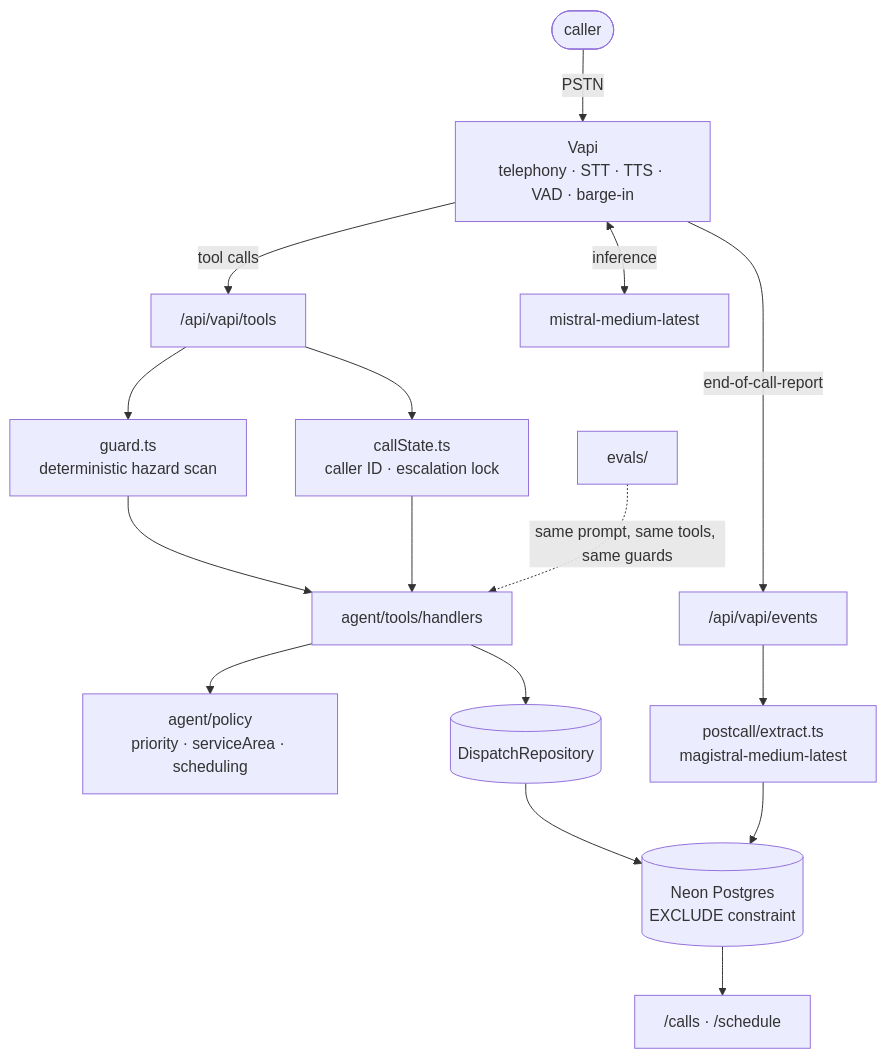
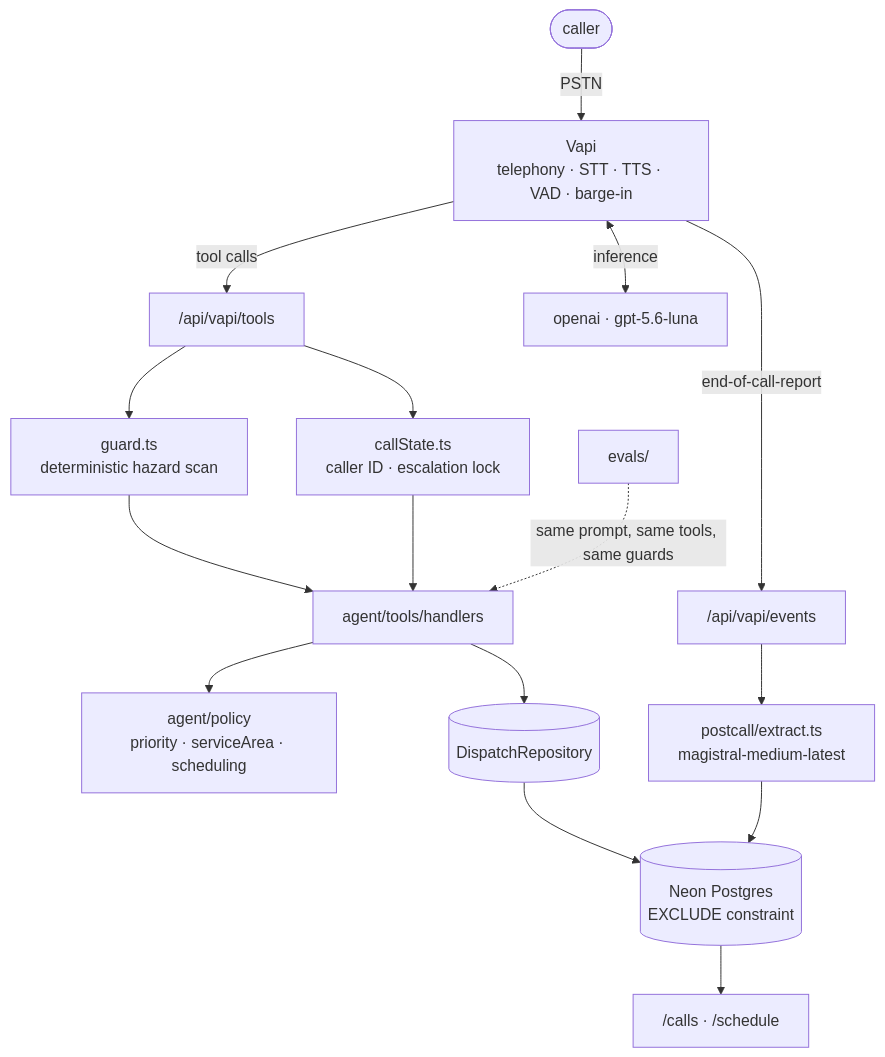
One commit to IbDaGib/summit-air-demo changed the diagram in README.md. Above: the diagram before and after it, drawn with Mermaid. The commit also changed other lines of this file and 2 other files, not shown here.

````diff
--- a/README.md
+++ b/README.md
@@ -24,21 +24,21 @@
 ```mermaid
 flowchart TB
     Caller([caller]) -->|PSTN| Vapi[Vapi<br/>telephony · STT · TTS · VAD · barge-in]
     Vapi -->|tool calls| Tools["/api/vapi/tools"]
     Vapi -->|end-of-call-report| Events["/api/vapi/events"]
-    Vapi <-->|inference| Mistral[mistral-medium-latest]
+    Vapi <-->|inference| LLM[openai · gpt-5.6-luna]
 
     Tools --> Guard[guard.ts<br/>deterministic hazard scan]
     Tools --> State[callState.ts<br/>caller ID · escalation lock]
     Guard --> Handlers
     State --> Handlers
     Handlers[agent/tools/handlers] --> Policy[agent/policy<br/>priority · serviceArea · scheduling]
     Handlers --> Repo[(DispatchRepository)]
     Repo --> Neon[(Neon Postgres<br/>EXCLUDE constraint)]
 
     Events --> Extract[postcall/extract.ts<br/>magistral-medium-latest]
     Extract --> Neon
     Neon --> Dash["/calls · /schedule"]
 
     Evals[evals/] -.->|same prompt, same tools, same guards| Handlers
 ```
````
